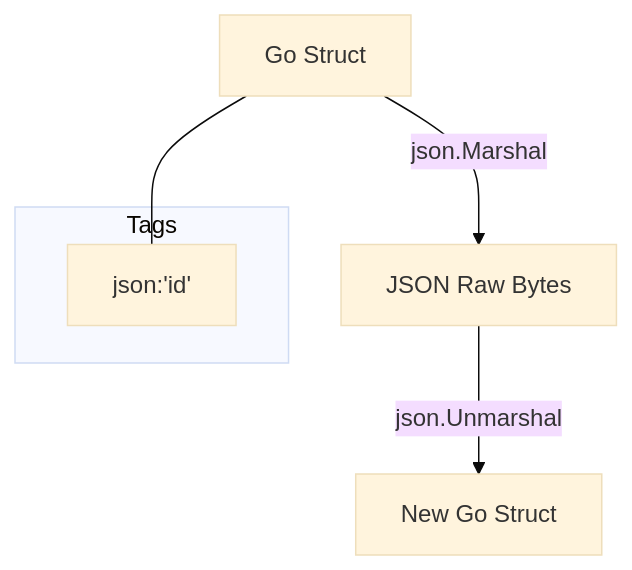
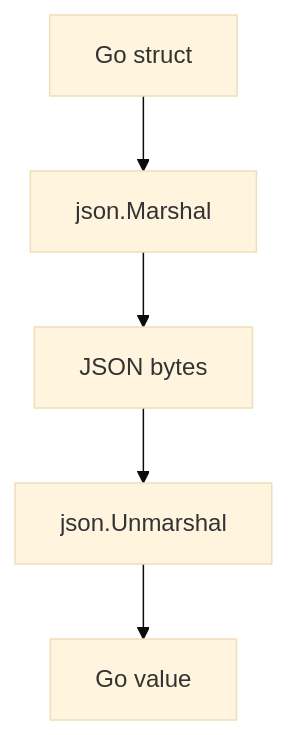
The diagram in RAK-05-standard-library/SR-01-data-processing/BK-02-serialization/CH-01_JSON/README.md (syahputrawork98-sketch/Golang-Knowledge-Base), drawn with Mermaid (base theme) before and after one commit. The commit also changed other lines of this file and 44 other files, not shown here.

````diff
--- a/RAK-05-standard-library/SR-01-data-processing/BK-02-serialization/CH-01_JSON/README.md
+++ b/RAK-05-standard-library/SR-01-data-processing/BK-02-serialization/CH-01_JSON/README.md
@@ -27,11 +35,7 @@
 ```mermaid
 graph TD
-
-    ST[Go Struct] -->|json.Marshal| JR[JSON Raw Bytes]
-    JR -->|json.Unmarshal| ST2[New Go Struct]
-    
-    subgraph Tags
-        T["`json:'id'`"]
-    end
-    ST --- T
+    Struct[Go struct] --> Marshal[json.Marshal]
+    Marshal --> Raw[JSON bytes]
+    Raw --> Unmarshal[json.Unmarshal]
+    Unmarshal --> Struct2[Go value]
 ```
````
